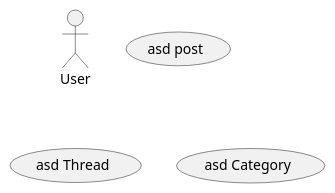
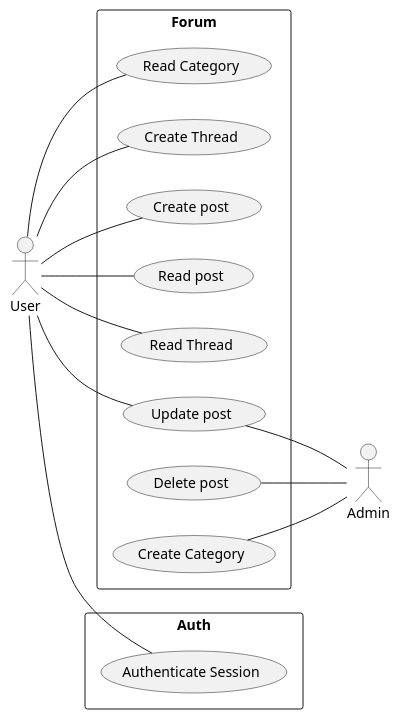
The diagram in notes/210121.md (LajnaLegenden/pa1460), drawn with PlantUML before and after one commit. The commit also changed other lines of this file, not shown here.

````diff
--- a/notes/210121.md
+++ b/notes/210121.md
@@ -11,9 +12,23 @@
 ```plantuml
 @startuml
+left to right direction
 actor User
-(asd post)
-(asd Thread)
-(asd Category)
+actor Admin
+rectangle Forum {
+User -- (Read Category)
+User -- (Create Thread)
+User -- (Create post)
+User -- (Read post)
+User -- (Read Thread)
+User -- (Update post)
+(Update post) -- Admin
+(Delete post) -- Admin
+(Create Category) -- Admin
+}
+
+rectangle Auth {
+    User -- (Authenticate Session)
+}
 
 @enduml
 ```
````
